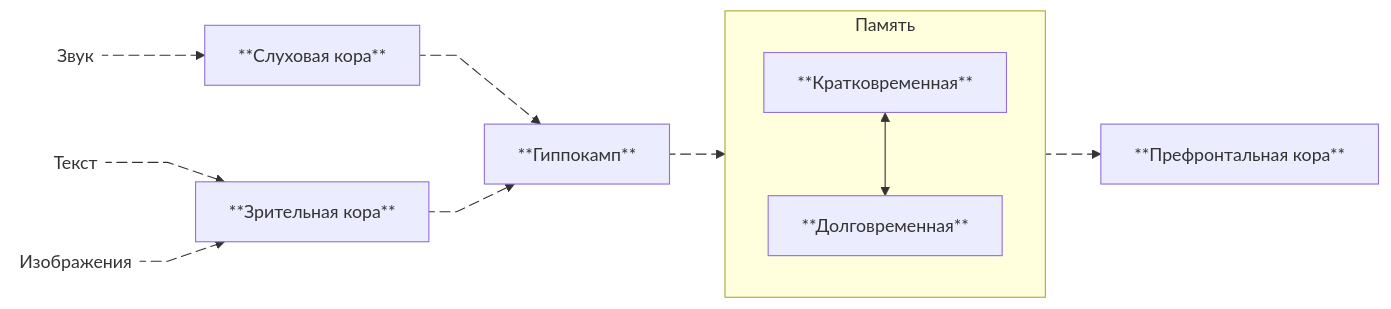
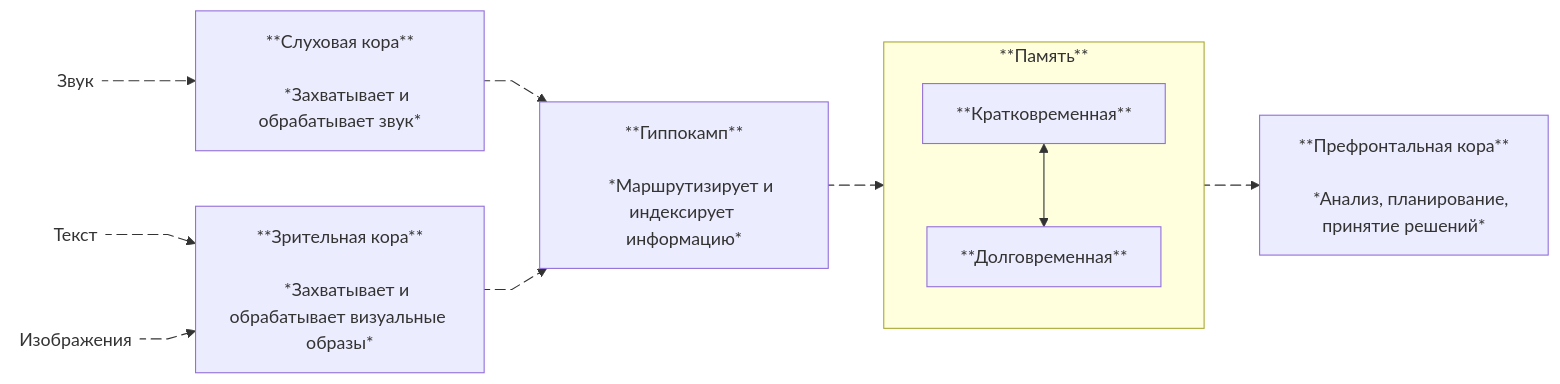
One commit to zavarovkv/zavarov.com changed the first of 2 diagrams in content/blog/second-brain.md. Above: the diagram before and after it, drawn with Mermaid. The commit also changed other lines of this file, not shown here.

Commit message:
Improve diagram 1: fix typo, add descriptions, shorten prefrontal cortex label

```diff
--- a/content/blog/second-brain.md
+++ b/content/blog/second-brain.md
@@ -14,25 +14,29 @@
 {{< mermaid >}}
 graph LR
     S@{ shape: text, label: "Звук" }
     T@{ shape: text, label: "Текст" }
     I@{ shape: text, label: "Изображения" }
-    S e1@--> A[**Слуховая кора**]
-    T e2@--> B[**Зрительная кора**]
+    S e1@--> A[**Слуховая кора**<br>
+    *Захватывает и обрабатывает звук*]
+    T e2@--> B[**Зрительная кора**<br>
+    *Захватывает и обрабатывает визуальные образы*]
     I e3@--> B
-    A e4@--> C[**Гиппокамп**]
+    A e4@--> C[**Гиппокамп**<br>
+    *Маршрутизирует и индексирует информацию*]
     B e5@--> C
-    C e6@--> Память
-    Память e7@--> F[**Префронтальная кора**]
+    C e6@--> mem
+    mem e7@--> F[**Префронтальная кора**<br>
+    *Анализ, планирование, принятие решений*]
     e1@{ animate: true, curve: linear }
     e2@{ animate: true, curve: linear }
     e3@{ animate: true, curve: linear }
     e4@{ animate: true, curve: linear }
     e5@{ animate: true, curve: linear }
     e6@{ animate: true, curve: linear }
     e7@{ animate: true, curve: linear }
 
-    subgraph Память
+    subgraph mem[**Память**]
         direction TB
         short[**Кратковременная**] <--> long[**Долговременная**]
     end
 {{< /mermaid >}}
```
